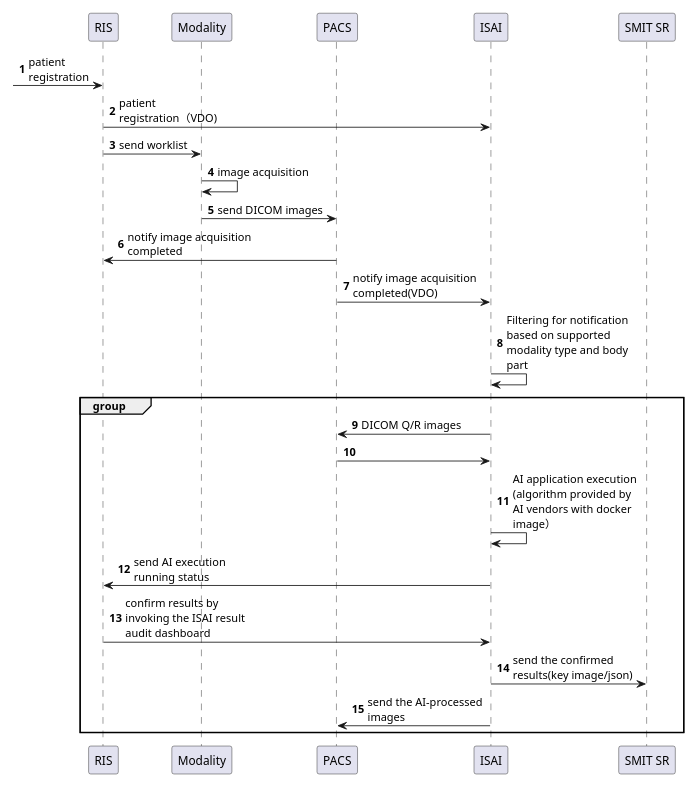
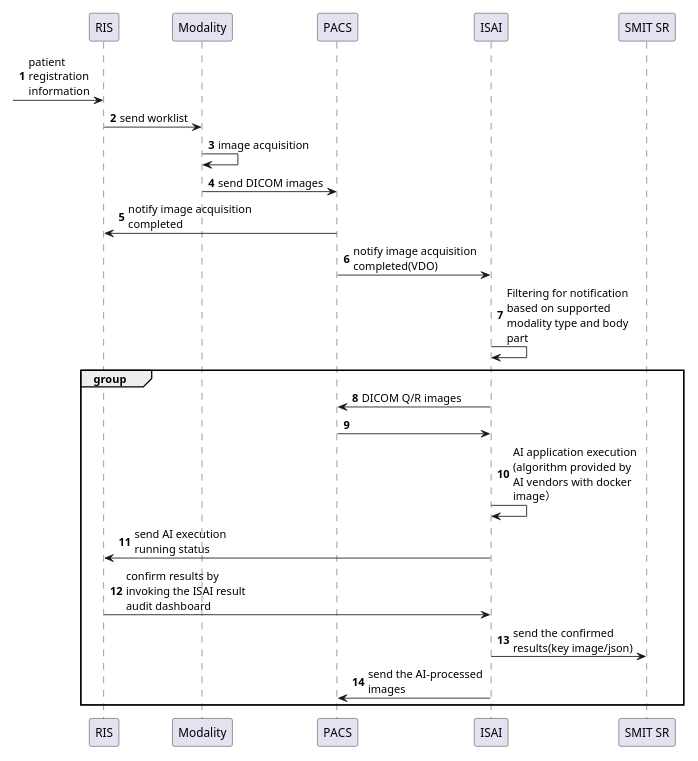
One commit to xmiao/AI.interoperability changed the diagram in images-source/ISAI/ISAI-flow.puml. Above: the diagram before and after it, drawn with PlantUML. The commit also changed 1 other file, not shown here.

```diff
--- a/images-source/ISAI/ISAI-flow.puml
+++ b/images-source/ISAI/ISAI-flow.puml
@@ -1,62 +1,65 @@
 @startuml
 'https://plantuml.com/sequence-diagram
 
 skinparam maxMessageSize 150
 scale 500 width
 autonumber
 
 actor "Patient" as patient
 actor "Doctor" as doctor
 actor "Nurse" as nurse
 actor "Pharmacist" as pharmacist
 actor "Radiologist" as radiologist
 actor "X-Ray Technician" as xraytechnician
 actor "Cardiologist" as cardiologist
 actor "Surgeon" as surgeon
 actor "Anesthesiologist" as anesthesiologist
 actor "Pathologist" as pathologist
 actor "Psychiatrist" as psychiatrist
 actor "Third Party" as thirdparty
 actor "AI algorithm" as ai
 
 participant RIS as RIS
 participant PACS as PACS
 participant EMR as EMR
 participant ISAI as ISAI
 
 participant "RIS" as R
 participant "Modality" as M
 participant "PACS" as P
 participant "ISAI" as I
 participant "SMIT SR" as S
 
 
 hide @unlinked
 
 'group CTA
 'patient -> doctor: I need a doctor
 'cardiologist -> pathologist:
 'end
 
- -> R: patient\nregistration
-R -> I: patient registration（VDO)
+ -> R: patient\nregistration\ninformation
+
+'R -> I++: patient registration（VDO)
+'return worklist
+
 R -> M: send worklist
 M -> M: image acquisition
 M -> P: send DICOM images
 P -> R: notify image acquisition completed
 P -> I: notify image acquisition completed(VDO)
 
 I -> I: Filtering for notification based on supported modality type and body part
 
 group
     P <- I: DICOM Q/R images
     P -> I:
     I -> I: AI application execution (algorithm provided by AI vendors with docker image）
     I -> R: send AI execution running status
     R -> I: confirm results by invoking the ISAI result audit dashboard
     I -> S: send the confirmed results(key image/json)
     I -> P: send the AI-processed images
 end
 
 
 @enduml
```
